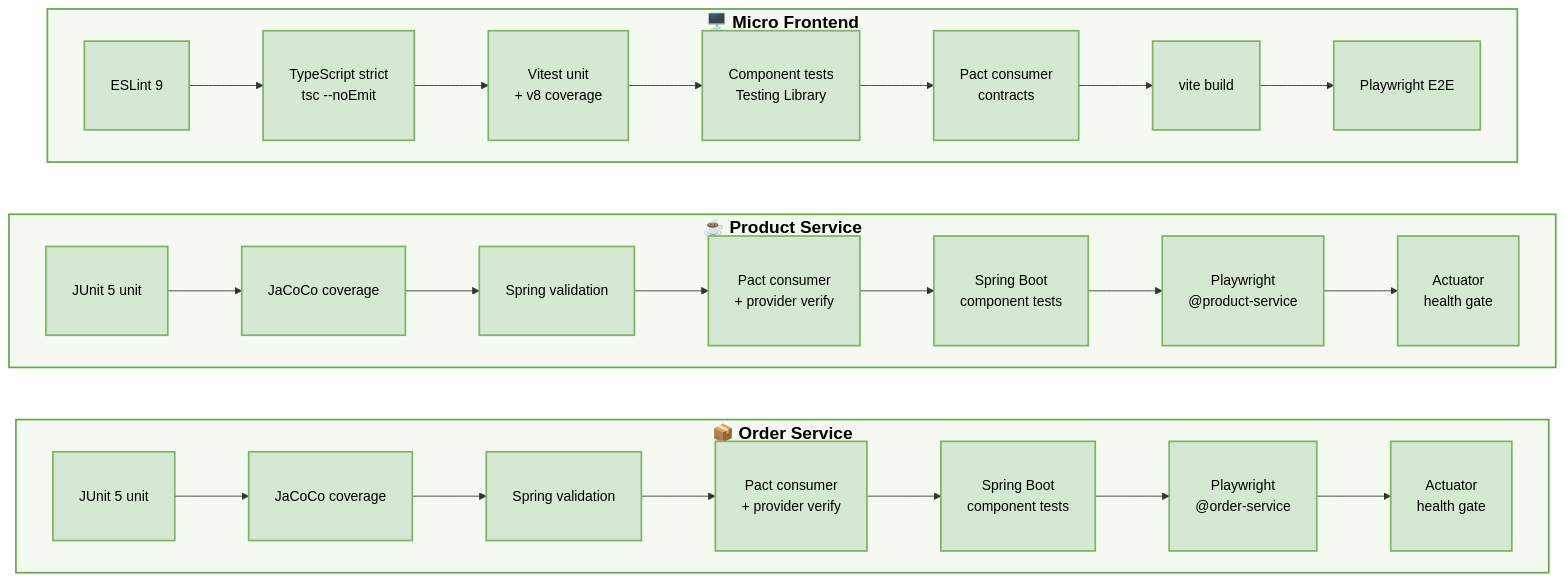
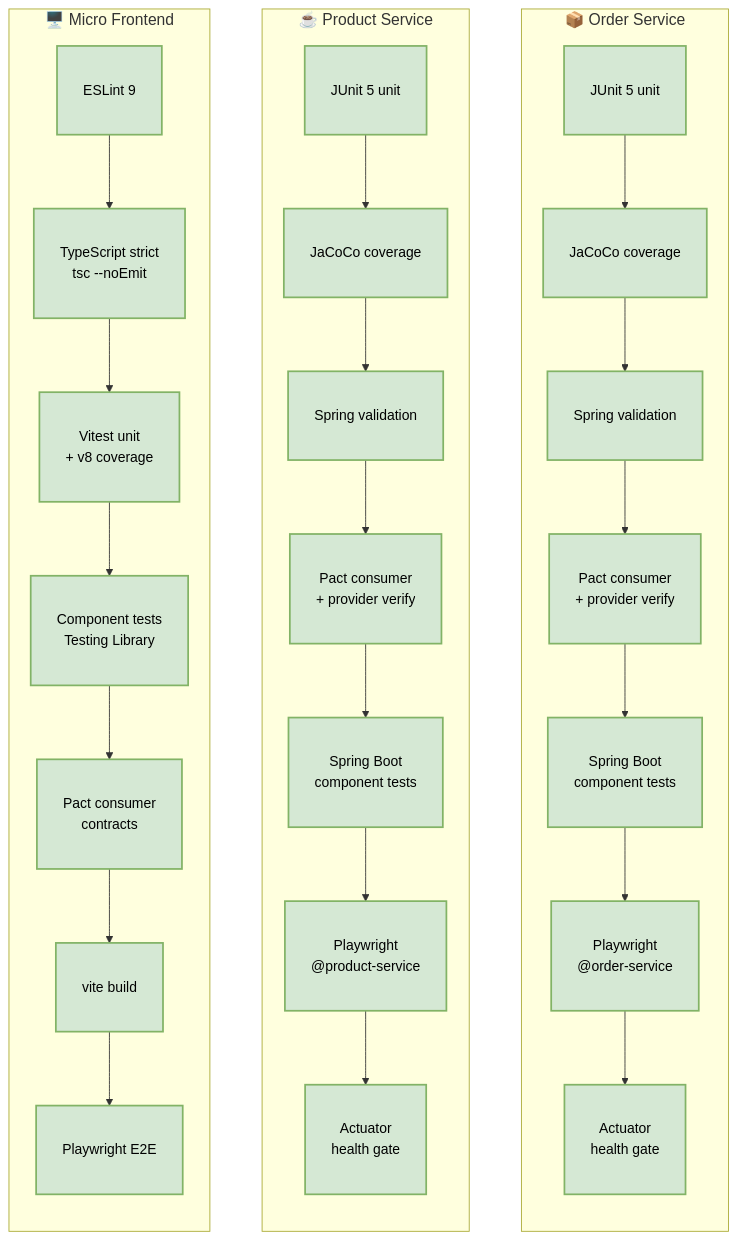
One commit to boschtech/ui-playwright-automation changed the ninth of 11 diagrams in docs/README.md. Above: the diagram before and after it, drawn with Mermaid.

Commit message:
docs: lay quality-gates subgraphs side-by-side with vertical gates
- Switch top-level flowchart direction from TB to LR so the three
  subgraphs (Micro Frontend, Product Service, Order Service) sit
  next to each other.
- Switch each subgraph's internal direction from LR to TB so the
  seven gates stack vertically inside each column.
- Replace node-level invisible links with subgraph-level ones
  (MF ~~~ PS ~~~ OS) to anchor the horizontal layout.

````diff
--- a/docs/README.md
+++ b/docs/README.md
@@ -207,27 +207,27 @@
 ```mermaid
 %%{init: {'flowchart': {'nodeSpacing': 30, 'rankSpacing': 60, 'padding': 15}, 'themeVariables': {'fontSize': '18px'}}}%%
-flowchart TB
+flowchart LR
     classDef g fill:#d5e8d4,stroke:#82b366,stroke-width:2px,color:#000,font-size:16px,padding:12px
     classDef grp fill:#f4faf1,stroke:#6aa84f,stroke-width:2px,color:#000,font-size:20px,font-weight:bold
 
     subgraph MF["🖥️  Micro Frontend"]
-      direction LR
+      direction TB
       mf1[ESLint 9]:::g --> mf2["TypeScript strict<br/>tsc --noEmit"]:::g --> mf3["Vitest unit<br/>+ v8 coverage"]:::g --> mf4["Component tests<br/>Testing Library"]:::g --> mf5["Pact consumer<br/>contracts"]:::g --> mf6[vite build]:::g --> mf7[Playwright E2E]:::g
     end
 
     subgraph PS["☕  Product Service"]
-      direction LR
+      direction TB
       ps1[JUnit 5 unit]:::g --> ps2[JaCoCo coverage]:::g --> ps3[Spring validation]:::g --> ps4["Pact consumer<br/>+ provider verify"]:::g --> ps5["Spring Boot<br/>component tests"]:::g --> ps6["Playwright<br/>@product-service"]:::g --> ps7["Actuator<br/>health gate"]:::g
     end
 
     subgraph OS["📦  Order Service"]
-      direction LR
+      direction TB
       os1[JUnit 5 unit]:::g --> os2[JaCoCo coverage]:::g --> os3[Spring validation]:::g --> os4["Pact consumer<br/>+ provider verify"]:::g --> os5["Spring Boot<br/>component tests"]:::g --> os6["Playwright<br/>@order-service"]:::g --> os7["Actuator<br/>health gate"]:::g
     end
 
     class MF,PS,OS grp
 
-    %% Invisible links force vertical stacking of the three subgraphs
-    mf7 ~~~ ps1
-    ps7 ~~~ os1
+    %% Invisible links force the three subgraphs to sit next to each other (LR)
+    MF ~~~ PS
+    PS ~~~ OS
 ```
````
